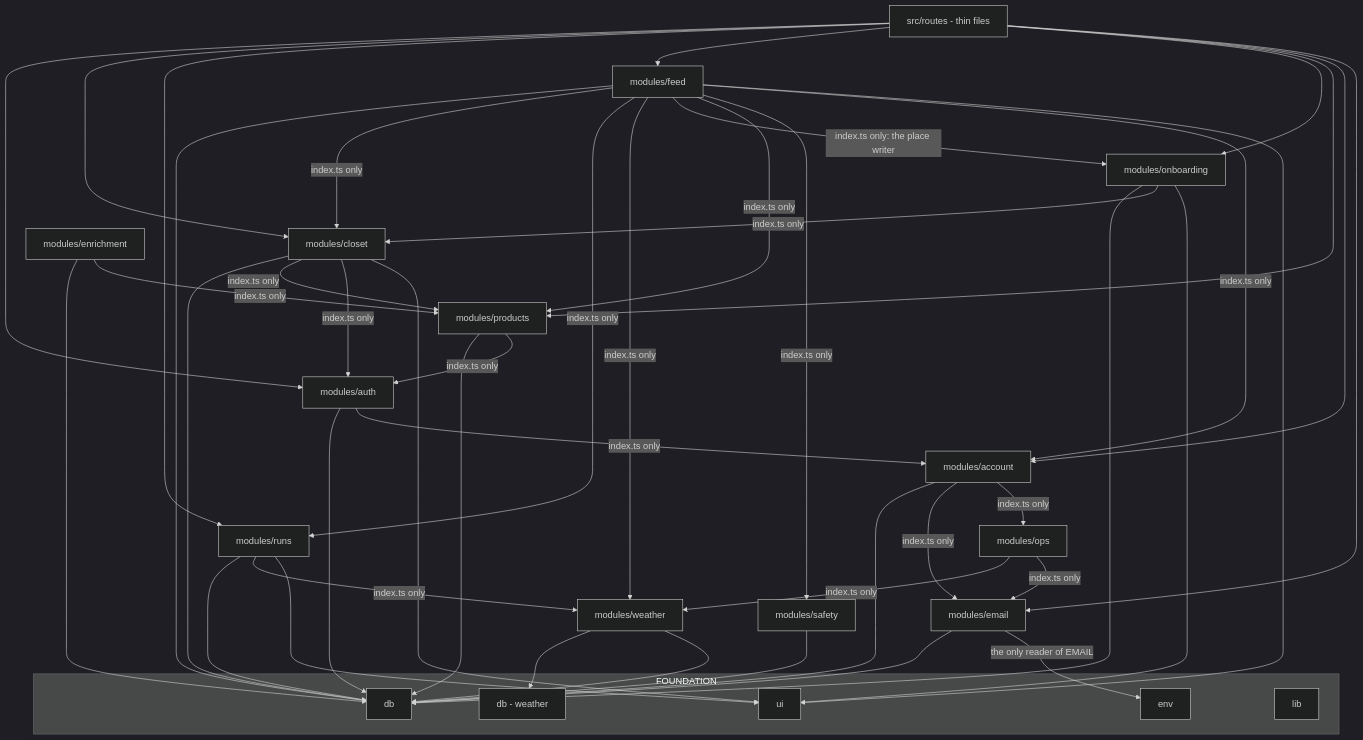
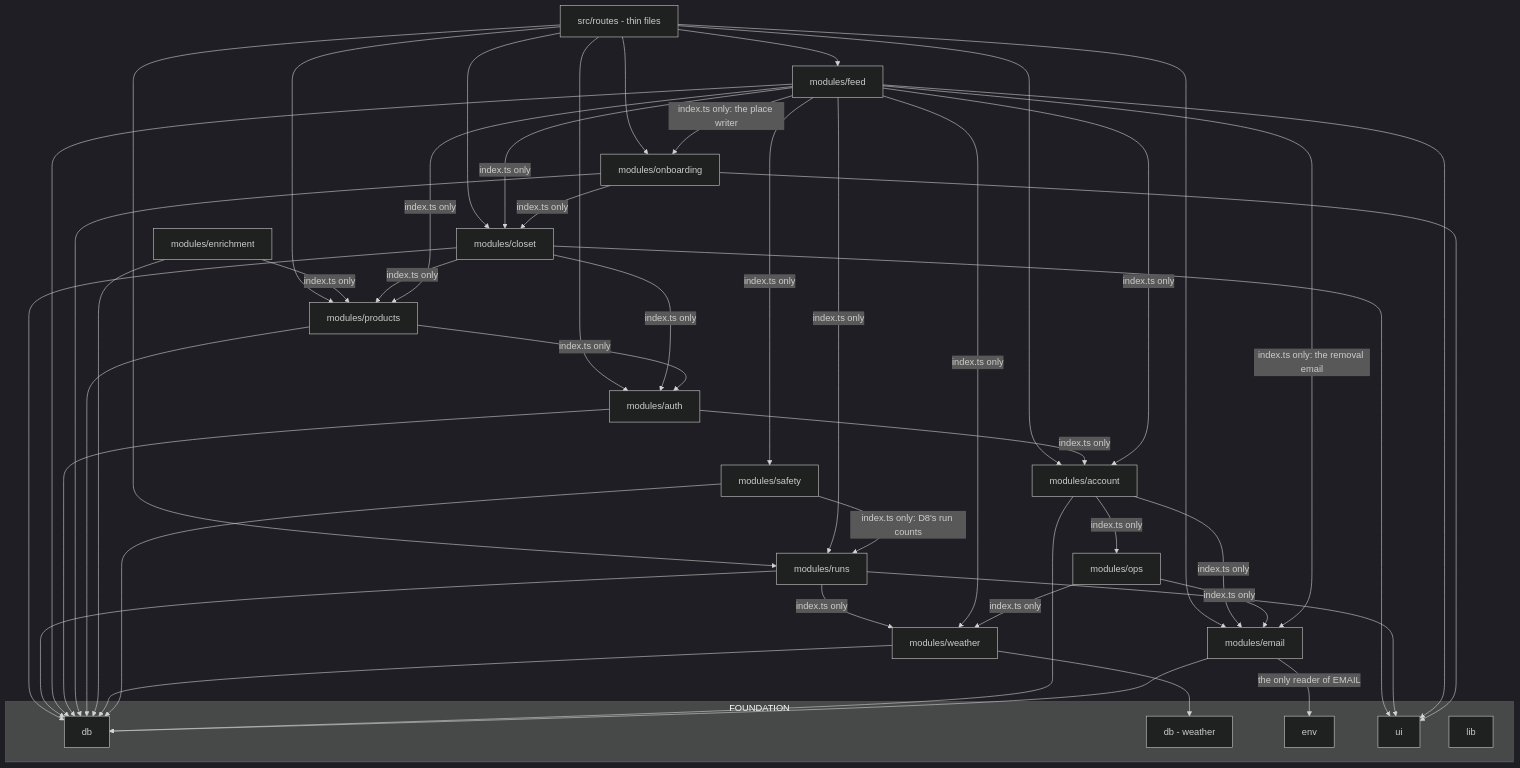
The second of 4 diagrams in docs/architecture.md (ddteeter/dialed.run), drawn with Mermaid (dark theme) before and after one commit. The commit also changed 77 other files, not shown here.

````diff
--- a/docs/architecture.md
+++ b/docs/architecture.md
@@ -132,57 +132,59 @@
 ```mermaid
 flowchart TD
     ROUTES[src/routes - thin files] --> AUTH[modules/auth]
     ROUTES --> CLOSET[modules/closet]
     ROUTES --> RUNS[modules/runs]
     ROUTES --> FEED[modules/feed]
     ROUTES --> ONB[modules/onboarding]
     ROUTES --> PROD[modules/products]
 
     CLOSET --> DB[db]
     RUNS --> DB
     FEED --> DB
     AUTH --> DB
     ONB --> DB
     PROD --> DB
     ENR[modules/enrichment] --> DB
     ENR -->|index.ts only| PROD
     WX[modules/weather] --> DBW[db - weather]
     WX --> DB
 
     RUNS -->|index.ts only| WX
     FEED -->|index.ts only| CLOSET
     FEED -->|index.ts only| RUNS
     FEED -->|index.ts only| WX
     ONB -->|index.ts only| CLOSET
     FEED -->|index.ts only: the place writer| ONB
     CLOSET -->|index.ts only| PROD
     FEED -->|index.ts only| PROD
     OPS[modules/ops] -->|index.ts only| WX
     SAFE[modules/safety] --> DB
     FEED -->|index.ts only| SAFE
     CLOSET -->|index.ts only| AUTH
     PROD -->|index.ts only| AUTH
     ROUTES --> ACCT[modules/account]
     ROUTES --> MAIL[modules/email]
     ACCT --> DB
     MAIL --> DB
     MAIL -->|the only reader of EMAIL| ENV
     AUTH -->|index.ts only| ACCT
     ACCT -->|index.ts only| MAIL
     ACCT -->|index.ts only| OPS
     OPS -->|index.ts only| MAIL
     FEED -->|index.ts only| ACCT
+    FEED -->|index.ts only: the removal email| MAIL
+    SAFE -->|index.ts only: D8's run counts| RUNS
 
     CLOSET --> UI[ui]
     RUNS --> UI
     FEED --> UI
     ONB --> UI
 
     subgraph FOUNDATION
         DB
         DBW
         UI
         ENV[env]
         LIB[lib]
     end
 ```
````
